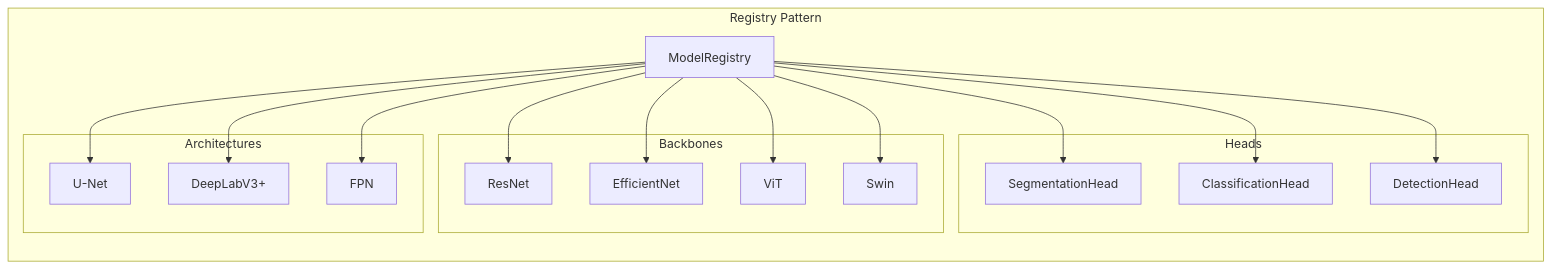
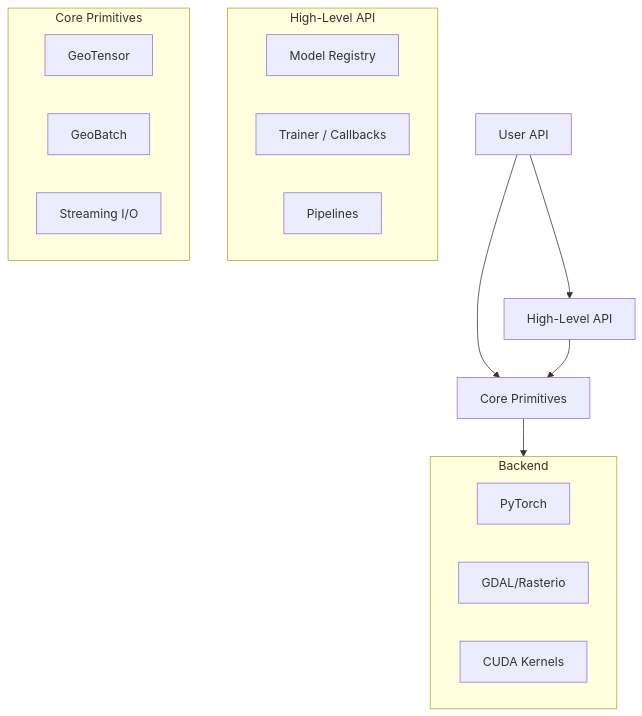
One commit to Bejeee11/ununennium changed the first of 2 diagrams in docs/architecture/overview.md. Above: the diagram before and after it, drawn with Mermaid. The commit also changed other lines of this file and 34 other files, not shown here.

Commit message:
feat: Add comprehensive documentation for research, API, tutorials, guides, and architecture, and update the README.

````diff
--- a/docs/architecture/overview.md
+++ b/docs/architecture/overview.md
@@ -167,36 +5,26 @@
 ```mermaid
-graph LR
-    subgraph "Registry Pattern"
-        REG[ModelRegistry]
-        
-        subgraph "Backbones"
-            RN[ResNet]
-            EN[EfficientNet]
-            VIT[ViT]
-            SWIN[Swin]
-        end
-        
-        subgraph "Heads"
-            SEG[SegmentationHead]
-            CLS[ClassificationHead]
-            DET[DetectionHead]
-        end
-        
-        subgraph "Architectures"
-            UNET[U-Net]
-            DL[DeepLabV3+]
-            FPN[FPN]
-        end
+graph TD
+    User[User API] --> High[High-Level API]
+    User --> Core[Core Primitives]
+    
+    subgraph "High-Level API"
+        Models[Model Registry]
+        Trainer[Trainer / Callbacks]
+        Pipe[Pipelines]
     end
     
-    REG --> RN
-    REG --> EN
-    REG --> VIT
-    REG --> SWIN
-    REG --> SEG
-    REG --> CLS
-    REG --> DET
-    REG --> UNET
-    REG --> DL
-    REG --> FPN
+    subgraph "Core Primitives"
+        GT[GeoTensor]
+        GB[GeoBatch]
+        IO[Streaming I/O]
+    end
+    
+    subgraph "Backend"
+        Torch[PyTorch]
+        GDAL[GDAL/Rasterio]
+        CUDA[CUDA Kernels]
+    end
+    
+    High --> Core
+    Core --> Backend
 ```
````
